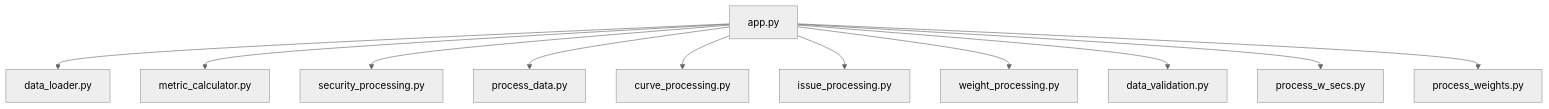
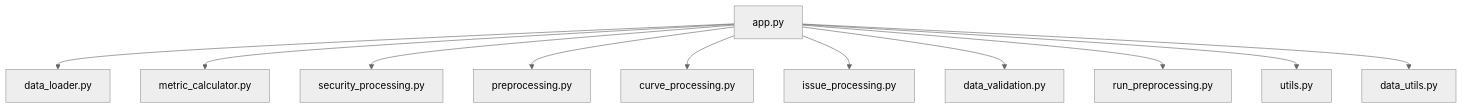
One commit to Cluckhead/Bang changed the first of 5 diagrams in Docs/README.md. Above: the diagram before and after it, drawn with Mermaid (neutral theme). The commit also changed other lines of this file and 2 other files, not shown here.

````diff
--- a/Docs/README.md
+++ b/Docs/README.md
@@ -55,24 +55,24 @@
 ```mermaid
 graph TD
     A[app.py]
     B[data_loader.py]
     C[metric_calculator.py]
     D[security_processing.py]
-    E[process_data.py]
+    E[preprocessing.py]
     F[curve_processing.py]
     G[issue_processing.py]
-    H[weight_processing.py]
-    I[data_validation.py]
-    J[process_w_secs.py]
-    K[process_weights.py]
+    H[data_validation.py]
+    I[run_preprocessing.py]
+    J[utils.py]
+    K[data_utils.py]
     A --> B
     A --> C
     A --> D
     A --> E
     A --> F
     A --> G
     A --> H
     A --> I
     A --> J
     A --> K
 ```
````
